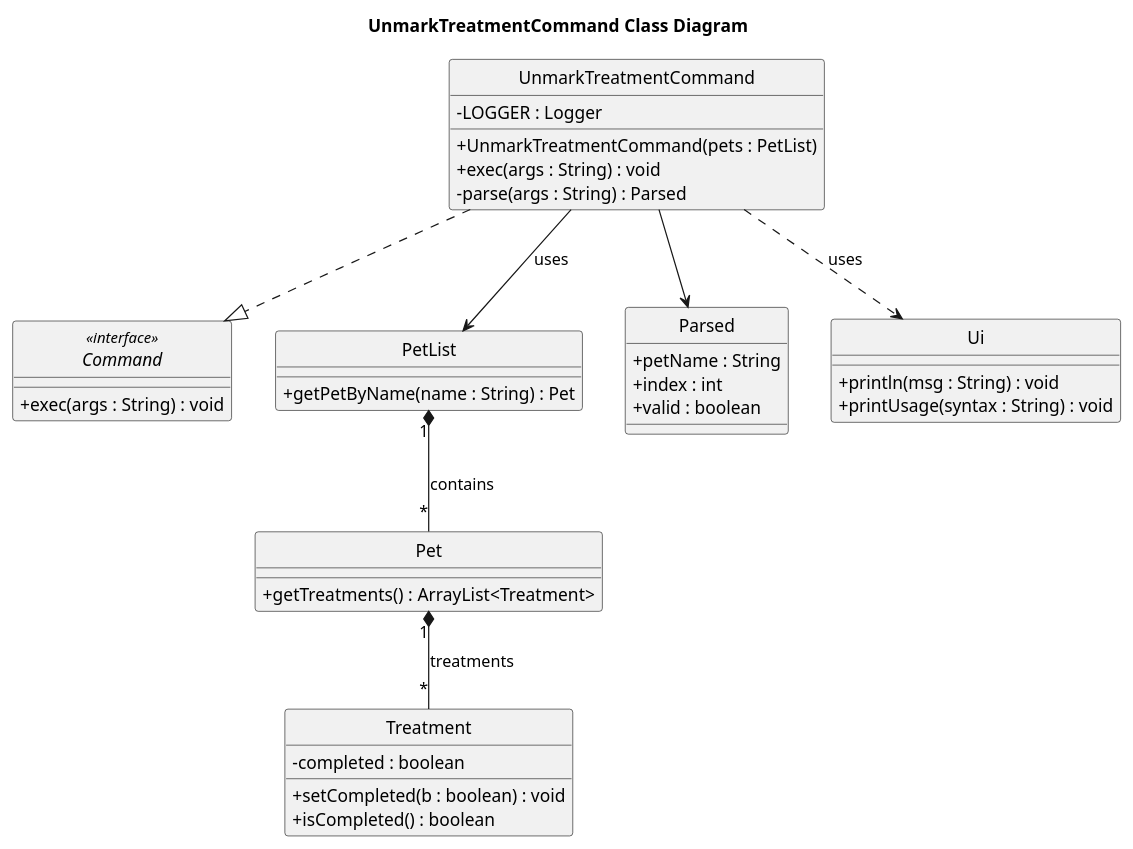
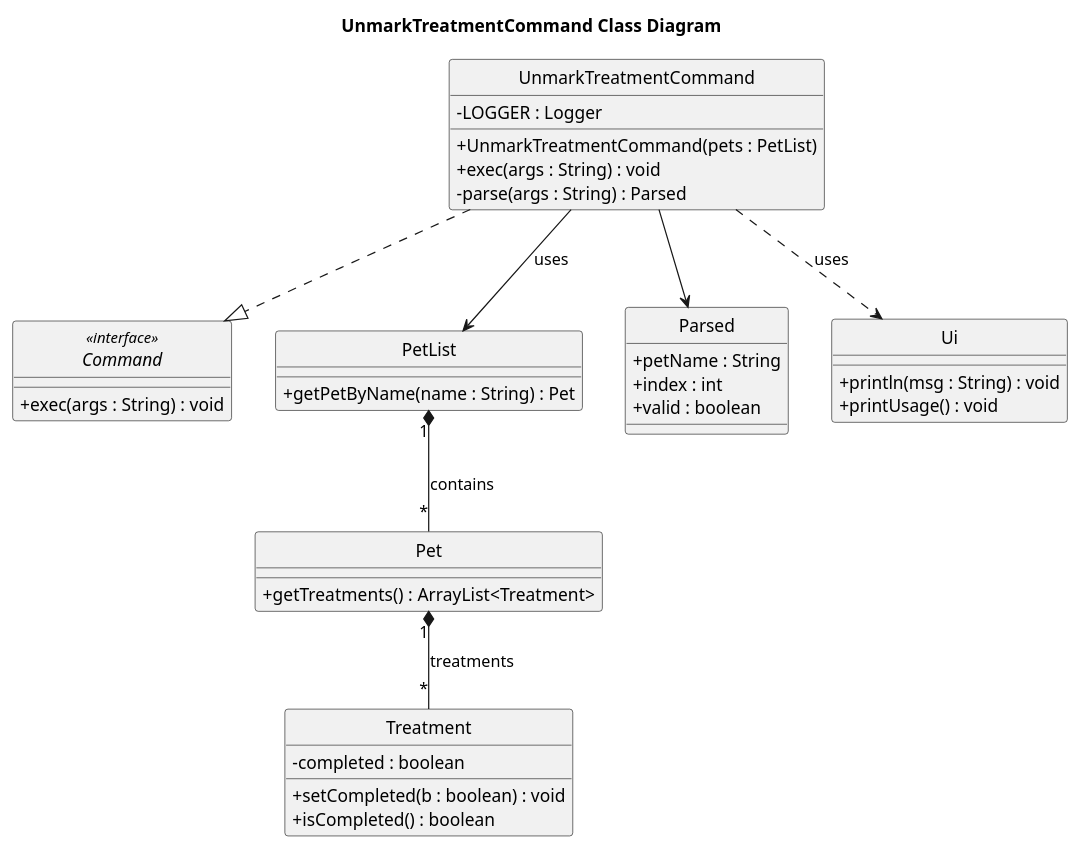
One commit to Kevin88866/tp changed the diagram in docs/uml/UnmarkTreatmentCommand_Class_Diagram.puml. Above: the diagram before and after it, drawn with PlantUML. The commit also changed 9 other files, not shown here.

```diff
--- a/docs/uml/UnmarkTreatmentCommand_Class_Diagram.puml
+++ b/docs/uml/UnmarkTreatmentCommand_Class_Diagram.puml
@@ -1,47 +1,47 @@
 @startuml
 skinparam classAttributeIconSize 0
 title UnmarkTreatmentCommand Class Diagram
 hide circle
 
 interface Command <<interface>>{
   +exec(args : String) : void
 }
 
 class UnmarkTreatmentCommand {
   -LOGGER : Logger
   +UnmarkTreatmentCommand(pets : PetList)
   +exec(args : String) : void
   -parse(args : String) : Parsed
 }
 
 class PetList {
   +getPetByName(name : String) : Pet
 }
 
 class Pet {
   +getTreatments() : ArrayList<Treatment>
 }
 
 class Treatment {
   -completed : boolean
   +setCompleted(b : boolean) : void
   +isCompleted() : boolean
 }
 
 class Parsed {
   +petName : String
   +index : int
   +valid : boolean
 }
 
 UnmarkTreatmentCommand ..|> Command
 UnmarkTreatmentCommand --> PetList : uses
 PetList "1" *-- "*" Pet : contains
 Pet "1" *-- "*" Treatment : treatments
 UnmarkTreatmentCommand --> Parsed
 class Ui {
   +println(msg : String) : void
-  +printUsage(syntax : String) : void
+  +printUsage() : void
 }
 UnmarkTreatmentCommand ..> Ui : uses
 @enduml
```
